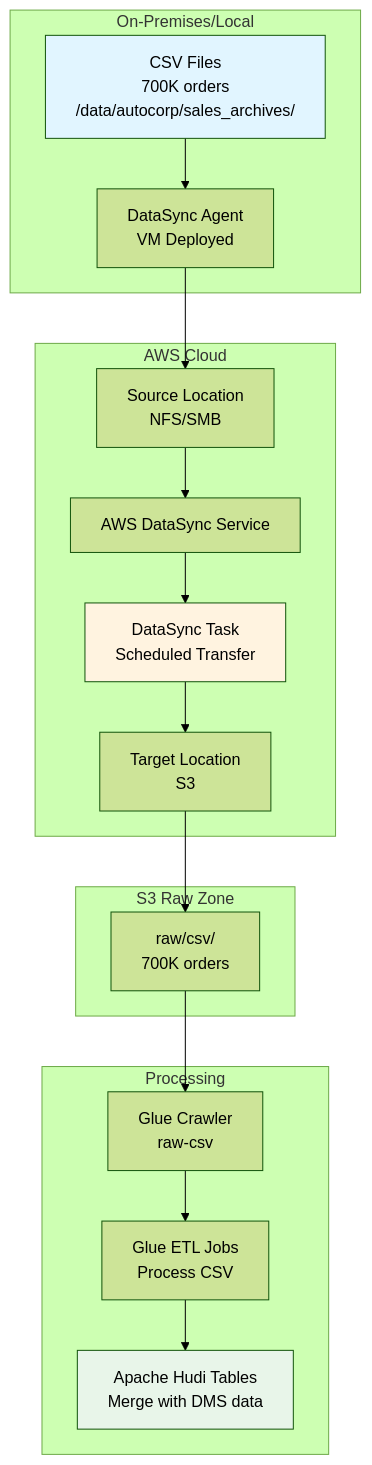
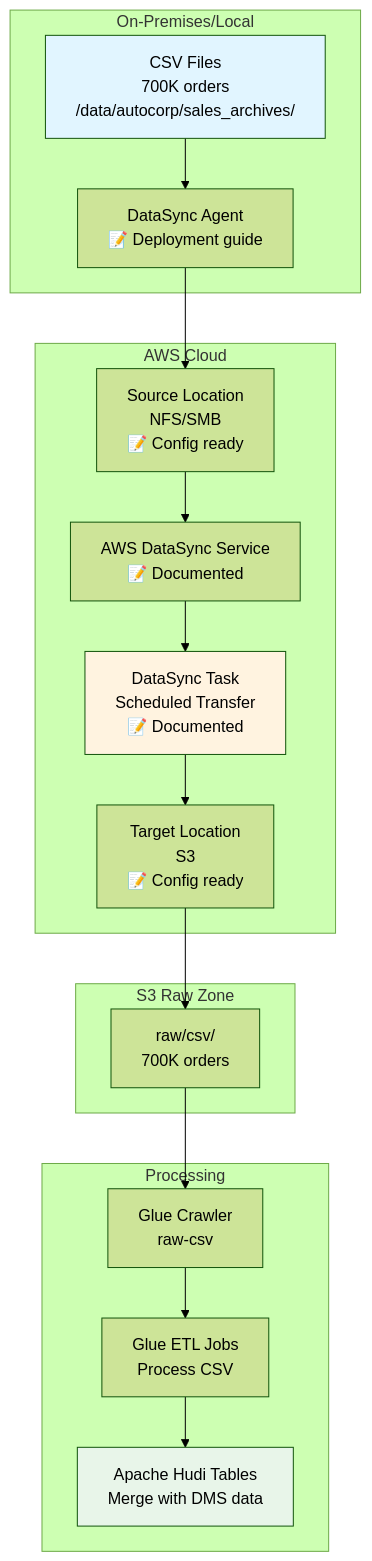
The fifth of 10 diagrams in PROCESS_FLOW_DIAGRAM.md (Bytes0211/autocorp), drawn with Mermaid (forest theme) before and after one commit. The commit also changed other lines of this file and 24 other files, not shown here.

````diff
--- a/PROCESS_FLOW_DIAGRAM.md
+++ b/PROCESS_FLOW_DIAGRAM.md
@@ -222,38 +227,38 @@
 ```mermaid
 flowchart TB
     subgraph OnPrem["On-Premises/Local"]
         CSV_Files[CSV Files<br/>700K orders<br/>/data/autocorp/sales_archives/]
-        Agent[DataSync Agent<br/>VM Deployed]
+        Agent[DataSync Agent<br/>📝 Deployment guide]
     end
     
     subgraph AWS["AWS Cloud"]
-        DataSync[AWS DataSync Service]
-        Location_Source[Source Location<br/>NFS/SMB]
-        Location_Target[Target Location<br/>S3]
-        Task[DataSync Task<br/>Scheduled Transfer]
+        DataSync[AWS DataSync Service<br/>📝 Documented]
+        Location_Source[Source Location<br/>NFS/SMB<br/>📝 Config ready]
+        Location_Target[Target Location<br/>S3<br/>📝 Config ready]
+        Task[DataSync Task<br/>Scheduled Transfer<br/>📝 Documented]
     end
     
     subgraph S3["S3 Raw Zone"]
         S3_CSV[raw/csv/<br/>700K orders]
     end
     
     subgraph Processing["Processing"]
         Crawler2[Glue Crawler<br/>raw-csv]
         ETL_CSV[Glue ETL Jobs<br/>Process CSV]
         Hudi2[Apache Hudi Tables<br/>Merge with DMS data]
     end
     
     CSV_Files --> Agent
     Agent --> Location_Source
     Location_Source --> DataSync
     DataSync --> Task
     Task --> Location_Target
     Location_Target --> S3_CSV
     S3_CSV --> Crawler2
     Crawler2 --> ETL_CSV
     ETL_CSV --> Hudi2
     
     style CSV_Files fill:#e1f5ff
     style Task fill:#fff3e0
     style Hudi2 fill:#e8f5e9
 ```
````
